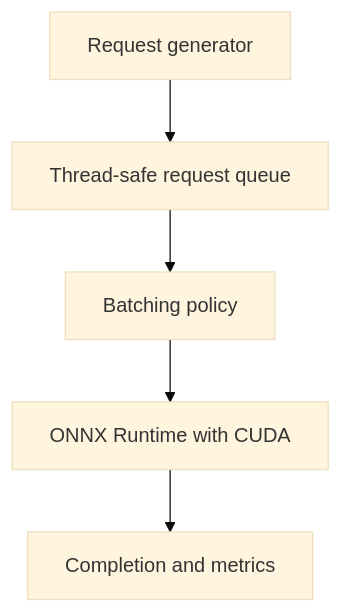
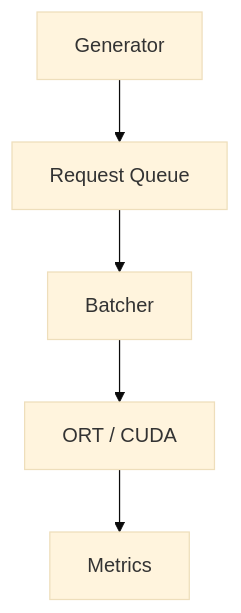
The diagram in README.md (lucy980509/adaptive-batching-gpu-inference), drawn with Mermaid (base theme) before and after one commit.

Commit message:
Revise flowchart labels in README
Updated flowchart labels for clarity.

````diff
--- a/README.md
+++ b/README.md
@@ -23,7 +23,7 @@
 ```mermaid
 flowchart TD
-    A[Request generator] --> B[Thread-safe request queue]
-    B --> C[Batching policy]
-    C --> D[ONNX Runtime with CUDA]
-    D --> E[Completion and metrics]
+    A["Generator"] --> B["Request Queue"]
+    B --> C["Batcher"]
+    C --> D["ORT / CUDA"]
+    D --> E["Metrics"]
 ```
````
